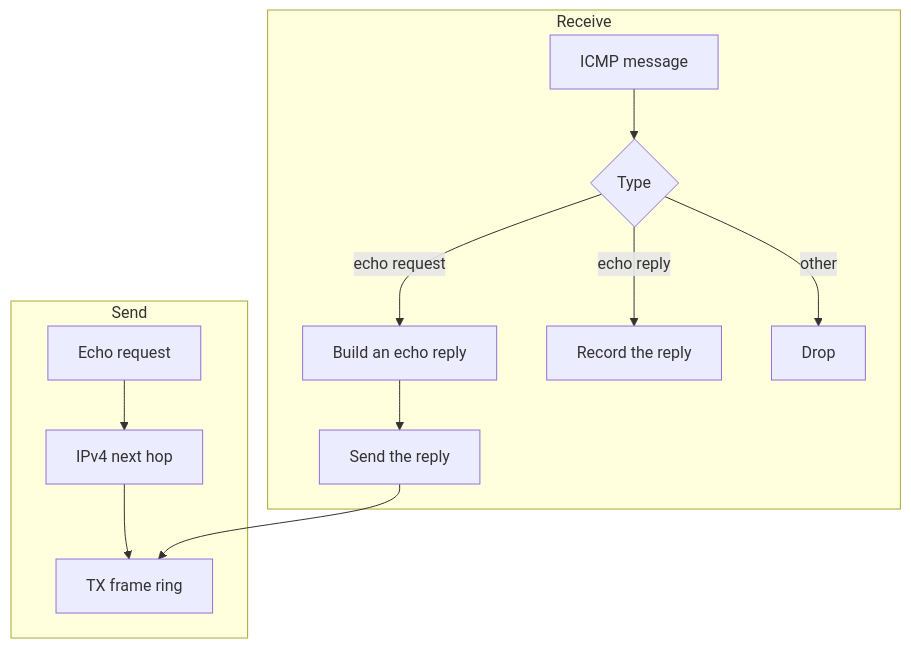
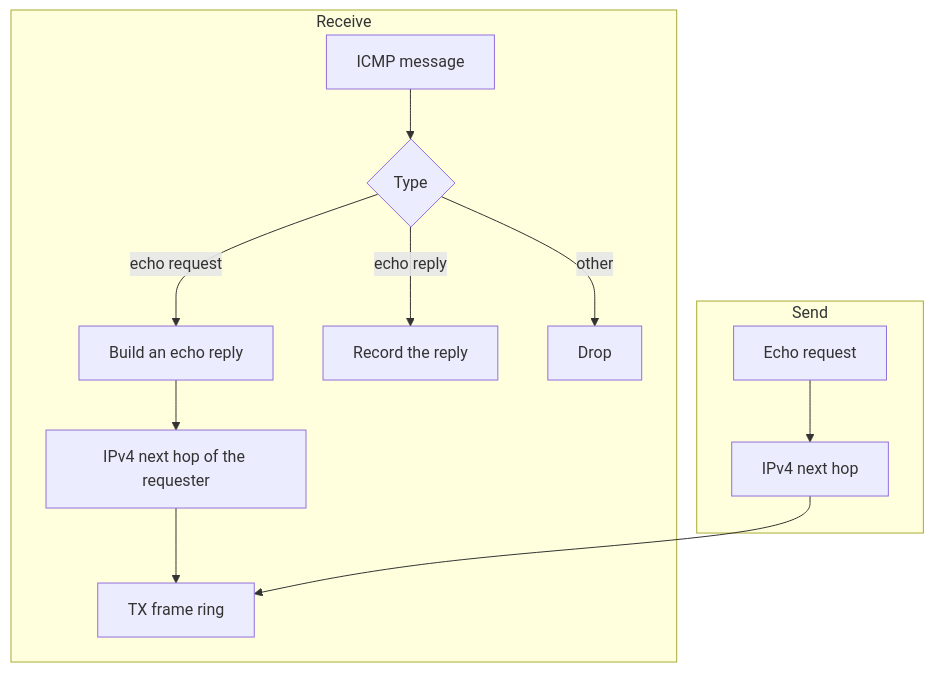
One commit to ritz-lang/rz changed the fifth of 9 diagrams in projects/harland/docs/RING2_NET.md. Above: the diagram before and after it, drawn with Mermaid. The commit also changed other lines of this file and 2 other files, not shown here.

First line of the commit message:
harland: 🤖 Absorb the ring-1 and ring-2 design review

````diff
--- a/projects/harland/docs/RING2_NET.md
+++ b/projects/harland/docs/RING2_NET.md
@@ -159,15 +186,15 @@
 ```mermaid
 flowchart TB
   subgraph rx [Receive]
     rxIn[ICMP message] --> kind{Type}
     kind -->|echo request| answer[Build an echo reply]
     kind -->|echo reply| note[Record the reply]
     kind -->|other| drop[Drop]
-    answer --> txReply[Send the reply]
+    answer --> hopReply[IPv4 next hop of the requester]
+    hopReply --> txOut[TX frame ring]
   end
   subgraph tx [Send]
     ping[Echo request] --> hop[IPv4 next hop]
-    hop --> txOut[TX frame ring]
-    txReply --> txOut
+    hop --> txOut
   end
 ```
````
